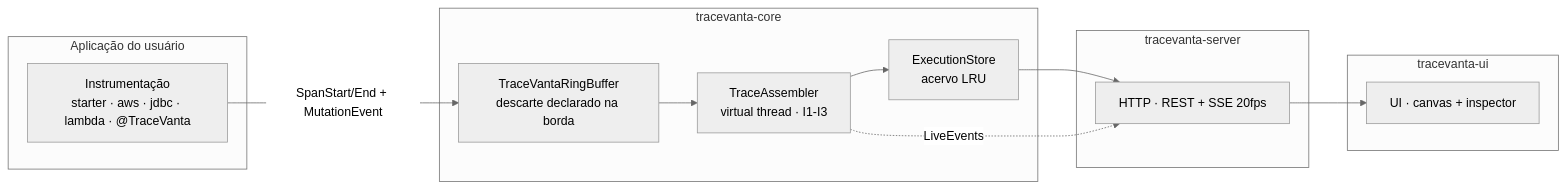
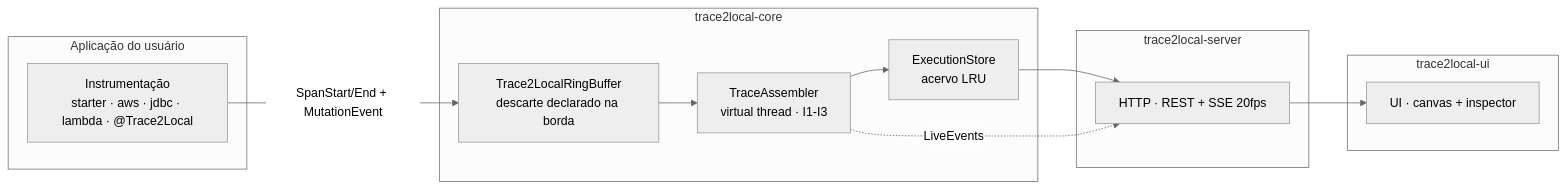
One commit to thiago701/trace2local changed the diagram in docs/ARQUITETURA.md. Above: the diagram before and after it, drawn with Mermaid (neutral theme). The commit also changed other lines of this file and 426 other files, not shown here.

First line of the commit message:
Renomeia o projeto TraceVanta -> Trace2Local (refatoramento em cascata)

````diff
--- a/docs/ARQUITETURA.md
+++ b/docs/ARQUITETURA.md
@@ -46,19 +46,19 @@
 ```mermaid
 flowchart LR
     subgraph app["Aplicação do usuário"]
-        I[Instrumentação<br/>starter · aws · jdbc · lambda · @TraceVanta]
+        I[Instrumentação<br/>starter · aws · jdbc · lambda · @Trace2Local]
     end
-    subgraph core["tracevanta-core"]
-        B[TraceVantaRingBuffer<br/>descarte declarado na borda]
+    subgraph core["trace2local-core"]
+        B[Trace2LocalRingBuffer<br/>descarte declarado na borda]
         A[TraceAssembler<br/>virtual thread · I1-I3]
         S[ExecutionStore<br/>acervo LRU]
     end
-    subgraph srv["tracevanta-server"]
+    subgraph srv["trace2local-server"]
         H[HTTP · REST + SSE 20fps]
     end
-    subgraph ui["tracevanta-ui"]
+    subgraph ui["trace2local-ui"]
         U[UI · canvas + inspector]
     end
     I -->|SpanStart/End + MutationEvent| B --> A --> S --> H --> U
     A -.->|LiveEvents| H
 ```
````
